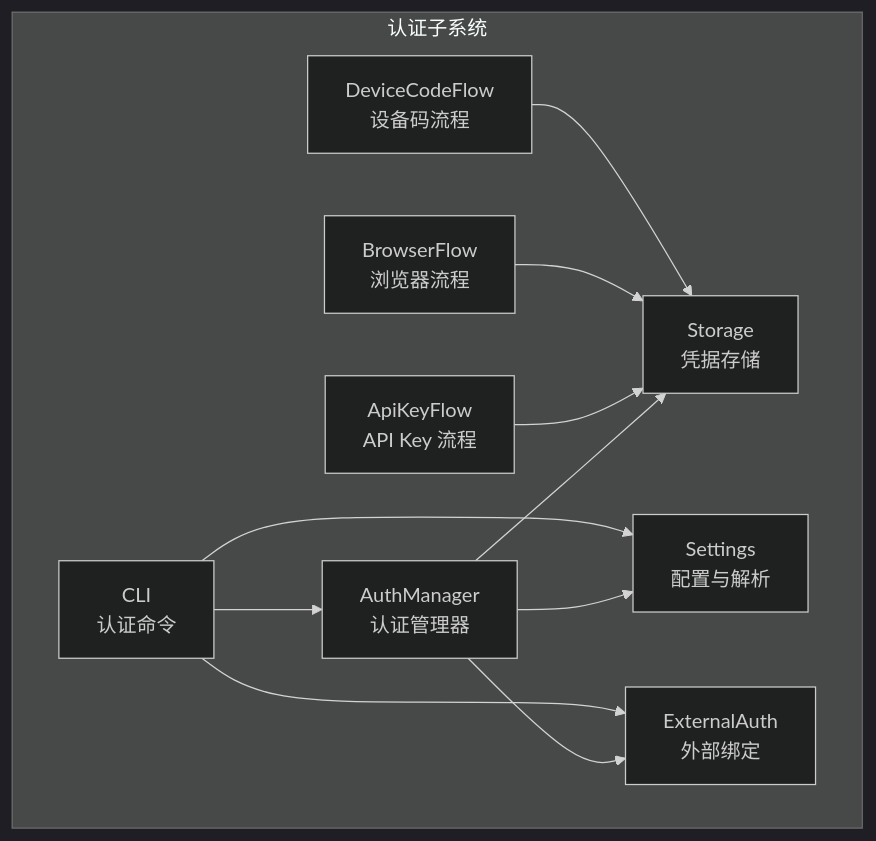
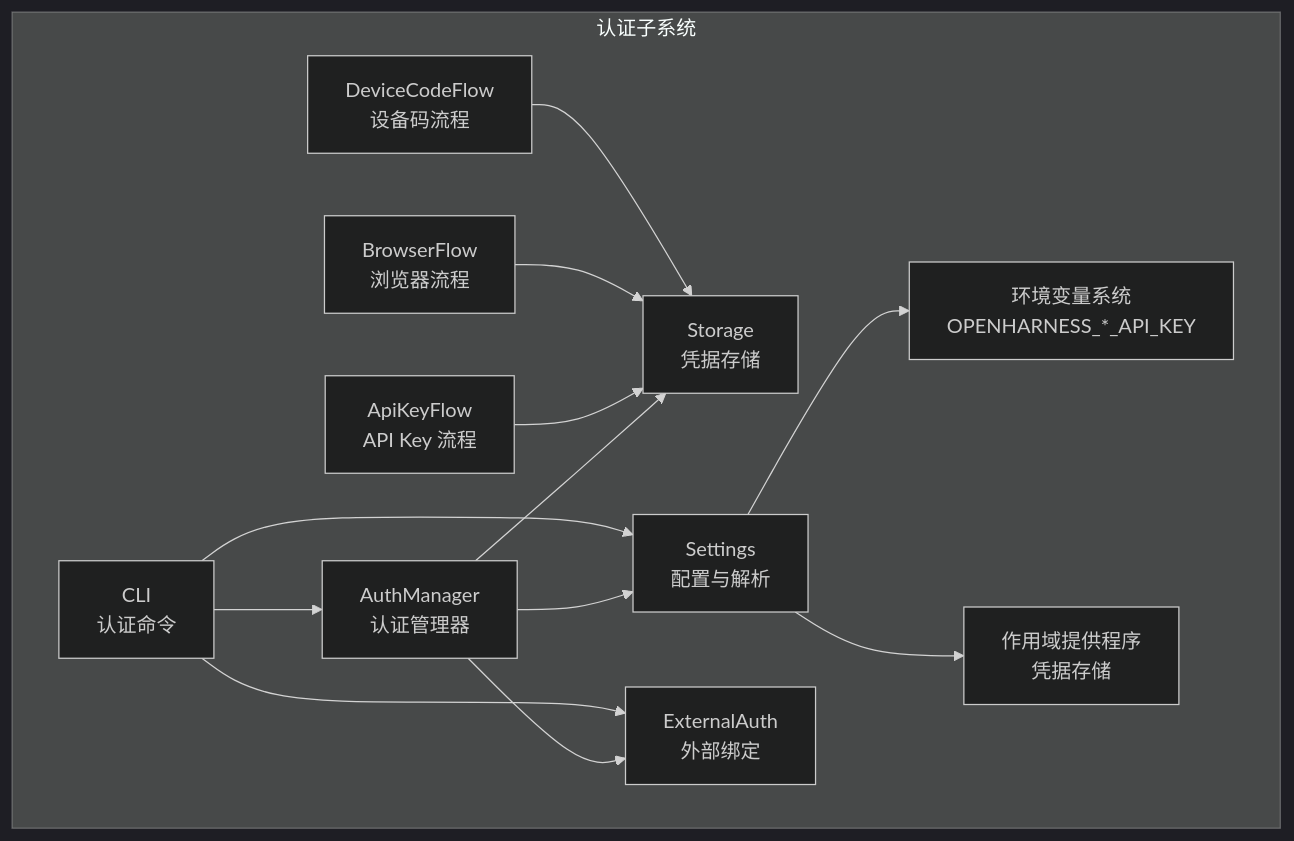
The first of 8 diagrams in .qoder/repowiki/zh/content/AI 提供商集成/认证管理.md (haolange/OpenHarness), drawn with Mermaid (dark theme) before and after one commit. The commit also changed other lines of this file and 5 other files, not shown here.

````diff
--- a/.qoder/repowiki/zh/content/AI 提供商集成/认证管理.md
+++ b/.qoder/repowiki/zh/content/AI 提供商集成/认证管理.md
@@ -42,22 +51,26 @@
 ```mermaid
 graph TB
 subgraph "认证子系统"
 AM["AuthManager<br/>认证管理器"]
 F_API["ApiKeyFlow<br/>API Key 流程"]
 F_BROWSER["BrowserFlow<br/>浏览器流程"]
 F_DEVICE["DeviceCodeFlow<br/>设备码流程"]
 STORE["Storage<br/>凭据存储"]
 EXT["ExternalAuth<br/>外部绑定"]
 CFG["Settings<br/>配置与解析"]
 CLI["CLI<br/>认证命令"]
+ENV["环境变量系统<br/>OPENHARNESS_*_API_KEY"]
+ENDSCOPE["作用域提供程序<br/>凭据存储"]
 end
 AM --> STORE
 AM --> CFG
 AM --> EXT
 F_API --> STORE
 F_BROWSER --> STORE
 F_DEVICE --> STORE
 CLI --> AM
 CLI --> CFG
 CLI --> EXT
+CFG --> ENV
+CFG --> ENDSCOPE
 ```
````
